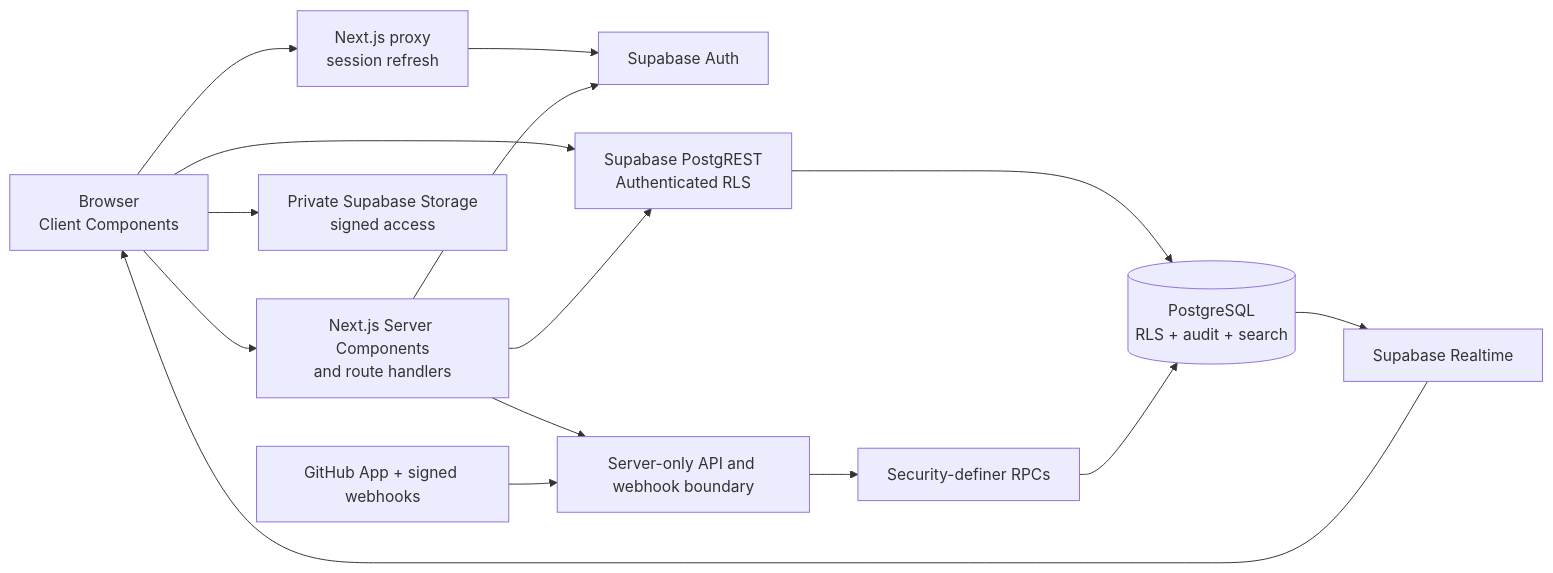
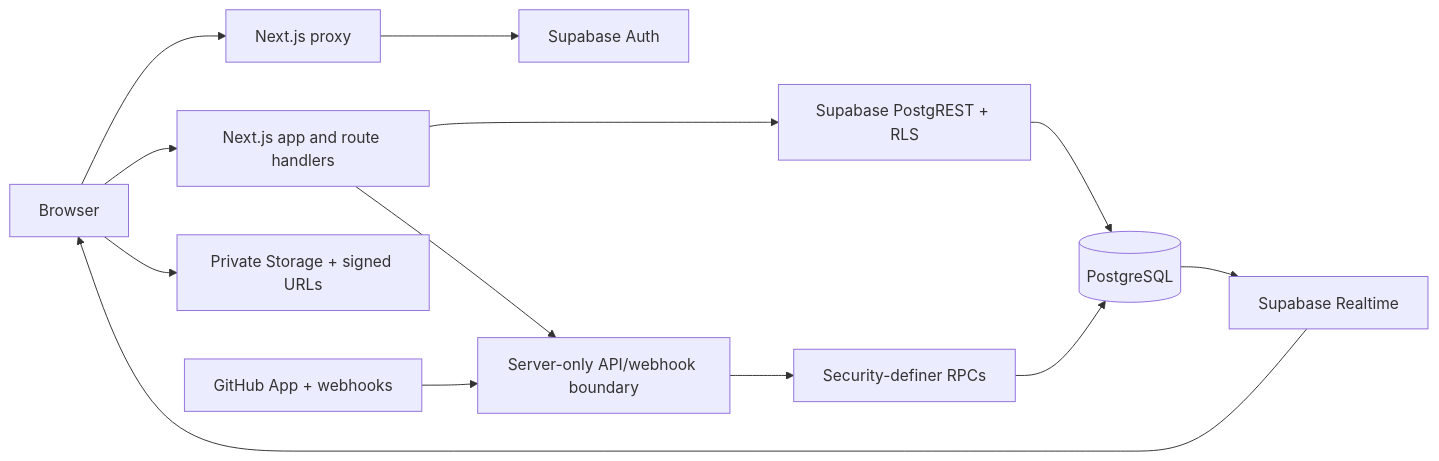
The diagram in README.md (ExistedYear/TraceBox), drawn with Mermaid before and after one commit. The commit also changed other lines of this file and 9 other files, not shown here.

````diff
--- a/README.md
+++ b/README.md
@@ -19,17 +49,15 @@
 ```mermaid
 flowchart LR
-  Browser["Browser<br/>Client Components"] --> Proxy["Next.js proxy<br/>session refresh"]
-  Browser --> Routes["Next.js Server Components<br/>and route handlers"]
+  Browser[Browser] --> Proxy[Next.js proxy]
   Proxy --> Auth[Supabase Auth]
-  Routes --> Auth
-  Browser --> RLS["Supabase PostgREST<br/>Authenticated RLS"]
-  Routes --> RLS
-  Routes --> Trusted[Server-only API and webhook boundary]
-  Trusted --> RPC[Security-definer RPCs]
-  RLS --> DB[("PostgreSQL<br/>RLS + audit + search")]
+  Browser --> App[Next.js app and route handlers]
+  App --> RLS[Supabase PostgREST + RLS]
+  App --> Server[Server-only API/webhook boundary]
+  Server --> RPC[Security-definer RPCs]
+  RLS --> DB[(PostgreSQL)]
   RPC --> DB
-  Browser --> Storage["Private Supabase Storage<br/>signed access"]
+  Browser --> Storage[Private Storage + signed URLs]
   DB --> Realtime[Supabase Realtime]
   Realtime --> Browser
-  GitHub[GitHub App + signed webhooks] --> Trusted
+  GitHub[GitHub App + webhooks] --> Server
 ```
````
